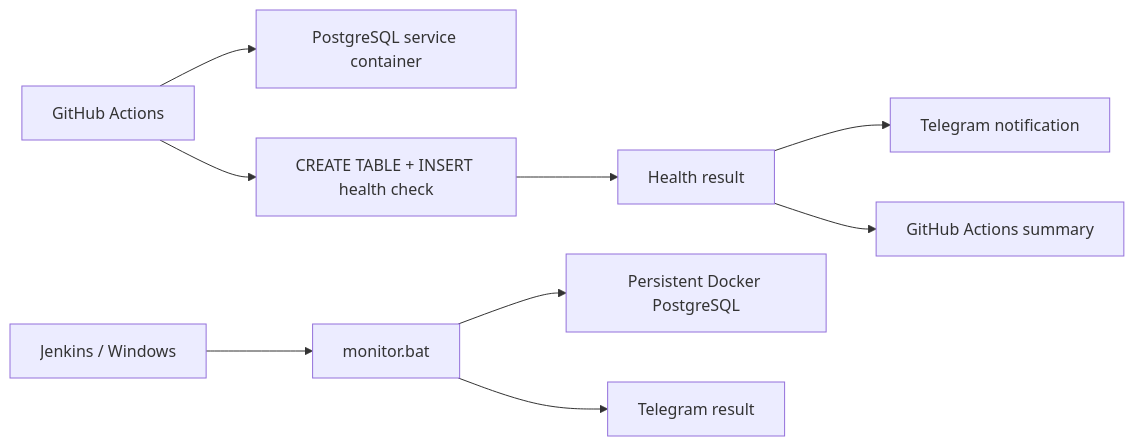
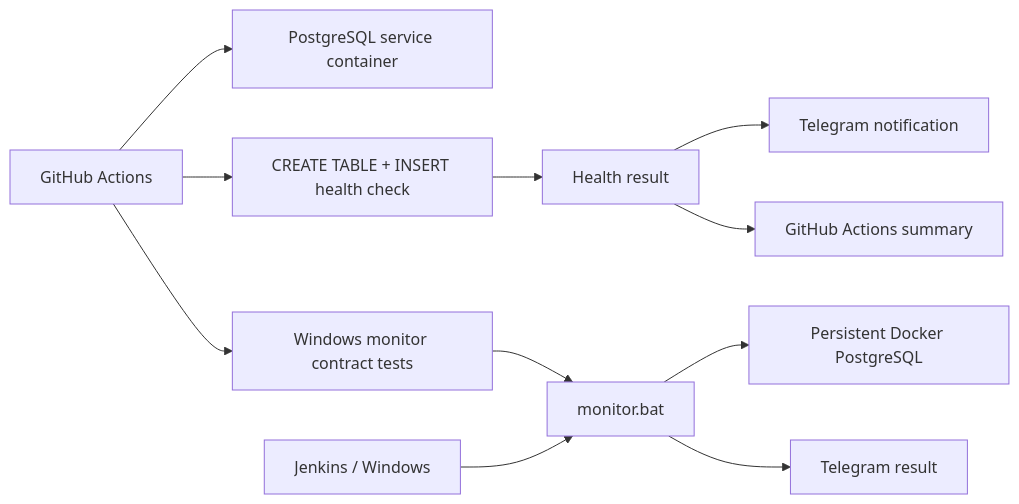
Before and after one commit to TokhirjonYuldoshev/qa-docker-monitor: the diagram in README.md, drawn with Mermaid. The commit also changed other lines of this file and 1 other file, not shown here.

First line of the commit message:
test: add Windows monitor contract validation

````diff
--- a/README.md
+++ b/README.md
@@ -20,12 +21,14 @@
 ```mermaid
 flowchart LR
     GH[GitHub Actions] --> PG1[PostgreSQL service container]
     GH --> SQL1[CREATE TABLE + INSERT health check]
     SQL1 --> R[Health result]
     R --> TG1[Telegram notification]
     R --> S[GitHub Actions summary]
 
-    J[Jenkins / Windows] --> BAT[monitor.bat]
+    GH --> WT[Windows monitor contract tests]
+    WT --> BAT[monitor.bat]
+    J[Jenkins / Windows] --> BAT
     BAT --> PG2[Persistent Docker PostgreSQL]
     BAT --> TG2[Telegram result]
 ```
````
